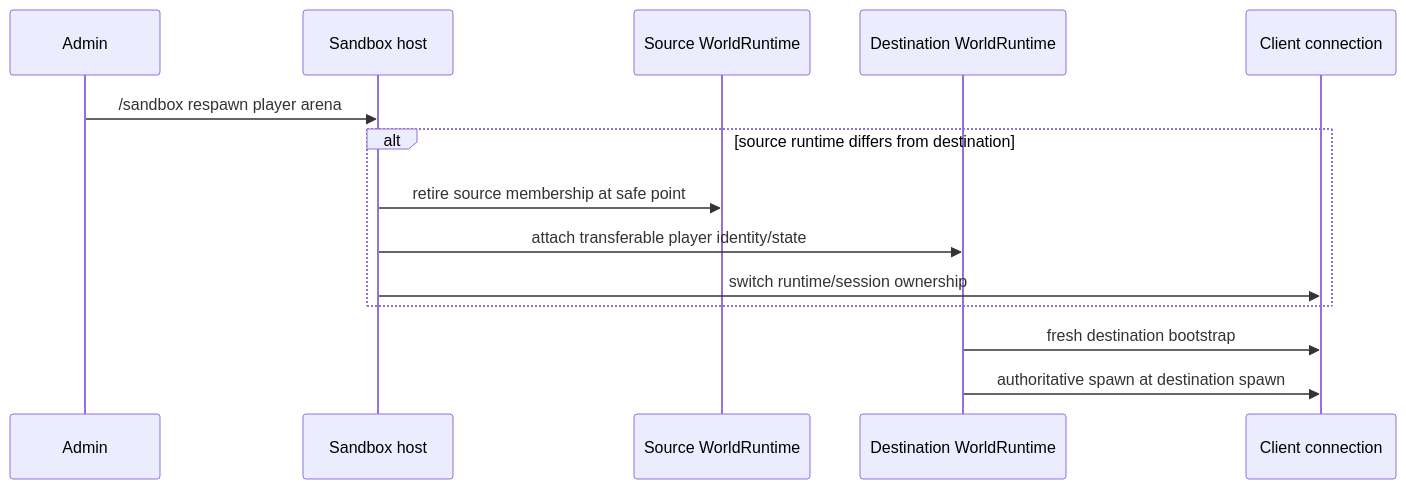
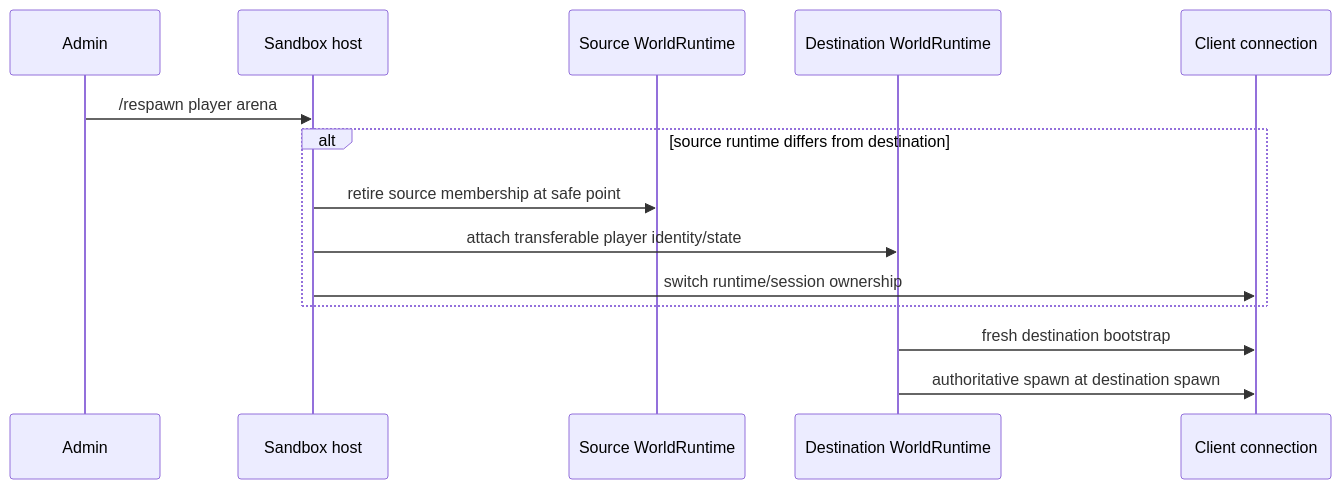
Before and after one commit to VegaKernel/TerraRuntime: the third of 6 diagrams in docs/roadmap/sandbox/debug-commands.md, drawn with Mermaid. The commit also changed other lines of this file and 23 other files, not shown here.

````diff
--- a/docs/roadmap/sandbox/debug-commands.md
+++ b/docs/roadmap/sandbox/debug-commands.md
@@ -127,17 +124,17 @@
 ```mermaid
 sequenceDiagram
     participant A as Admin
     participant H as Sandbox host
     participant S as Source WorldRuntime
     participant D as Destination WorldRuntime
     participant C as Client connection
 
-    A->>H: /sandbox respawn player arena
+    A->>H: /respawn player arena
     alt source runtime differs from destination
         H->>S: retire source membership at safe point
         H->>D: attach transferable player identity/state
         H->>C: switch runtime/session ownership
     end
     D->>C: fresh destination bootstrap
     D->>C: authoritative spawn at destination spawn
 ```
````
